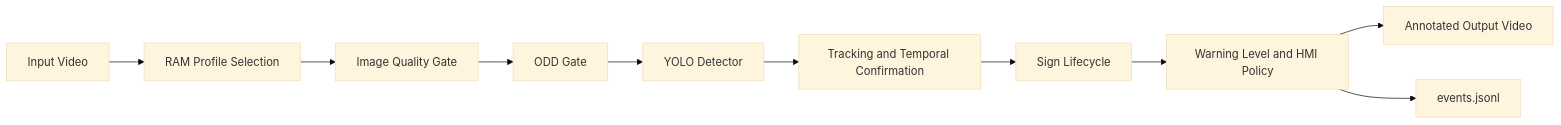
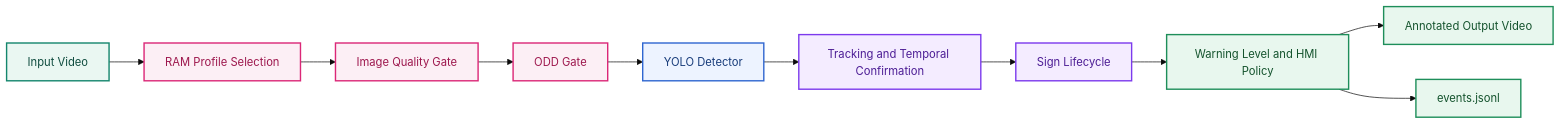
The diagram in research/4.research_tsr_colab_production_lite_demo.md (LeNguyenHaiDuong/adas-tsr), drawn with Mermaid (base theme) before and after one commit. The commit also changed other lines of this file and 5 other files, not shown here.

Commit message:
Add mermaid color

````diff
--- a/research/4.research_tsr_colab_production_lite_demo.md
+++ b/research/4.research_tsr_colab_production_lite_demo.md
@@ -57,14 +71,25 @@
 ```mermaid
 flowchart LR
     A[Input Video]
     --> B[RAM Profile Selection]
     --> C[Image Quality Gate]
     --> D[ODD Gate]
     --> E[YOLO Detector]
     --> F[Tracking and Temporal Confirmation]
     --> G[Sign Lifecycle]
     --> H[Warning Level and HMI Policy]
     --> I[Annotated Output Video]
 
     H --> J[events.jsonl]
+
+    classDef source fill:#EAF7F2,stroke:#14866D,color:#0F4C3F,stroke-width:2px;
+    classDef support fill:#FCEFF5,stroke:#DB2777,color:#9D174D,stroke-width:2px;
+    classDef feature fill:#EDF3FF,stroke:#2F66D0,color:#173B7A,stroke-width:2px;
+    classDef temporal fill:#F4ECFF,stroke:#7C3AED,color:#4C1D95,stroke-width:2px;
+    classDef integration fill:#E8F7EE,stroke:#1E8E5A,color:#14532D,stroke-width:2px;
+    class A source;
+    class B,C,D support;
+    class E feature;
+    class F,G temporal;
+    class H,I,J integration;
 ```
````
